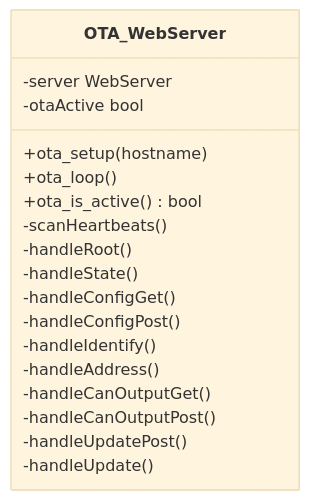
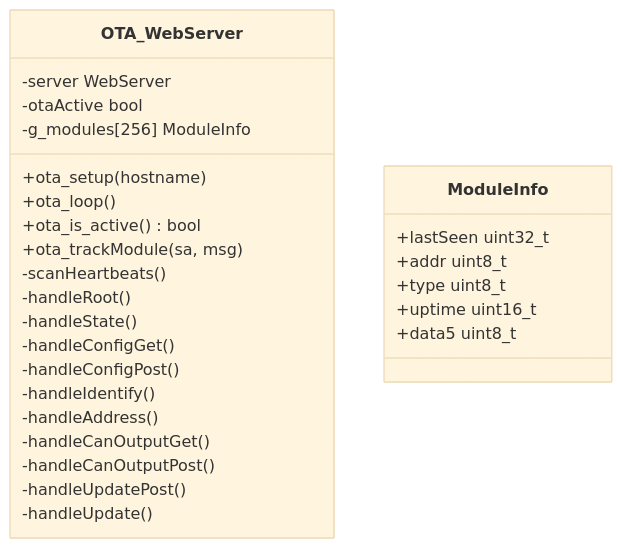
The third of 9 diagrams in .qoder/repowiki/en/content/OTA Firmware Updates/OTA Firmware Updates.md (gunicsba/ESP_CAN_ECU_joystick_collection), drawn with Mermaid (base theme) before and after one commit. The commit also changed other lines of this file and 11 other files, not shown here.

````diff
--- a/.qoder/repowiki/en/content/OTA Firmware Updates/OTA Firmware Updates.md
+++ b/.qoder/repowiki/en/content/OTA Firmware Updates/OTA Firmware Updates.md
@@ -139,21 +146,30 @@
 ```mermaid
 classDiagram
 class OTA_WebServer {
 +ota_setup(hostname)
 +ota_loop()
 +ota_is_active() bool
++ota_trackModule(sa, msg)
 -server WebServer
 -otaActive bool
+-g_modules[256] ModuleInfo
 -scanHeartbeats()
 -handleRoot()
 -handleState()
 -handleConfigGet()
 -handleConfigPost()
 -handleIdentify()
 -handleAddress()
 -handleCanOutputGet()
 -handleCanOutputPost()
 -handleUpdatePost()
 -handleUpdate()
 }
+class ModuleInfo {
++lastSeen uint32_t
++addr uint8_t
++type uint8_t
++uptime uint16_t
++data5 uint8_t
+}
 ```
````
